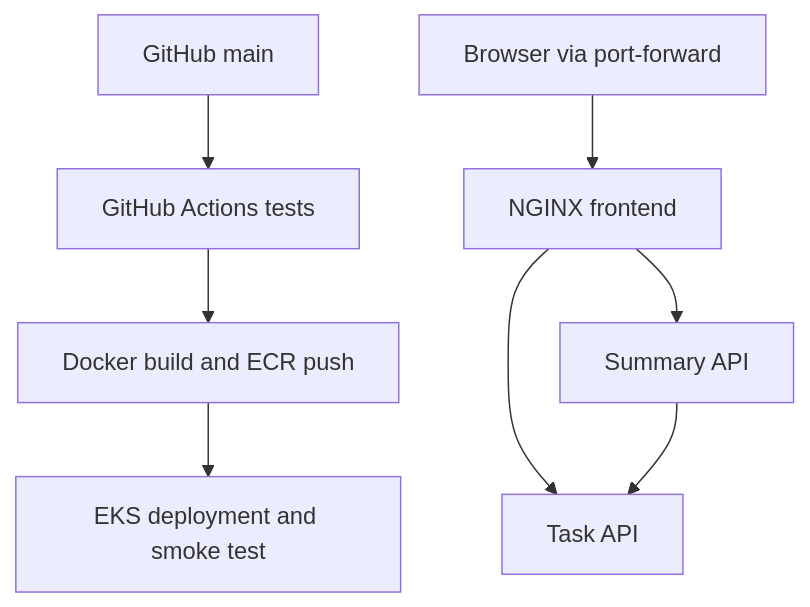
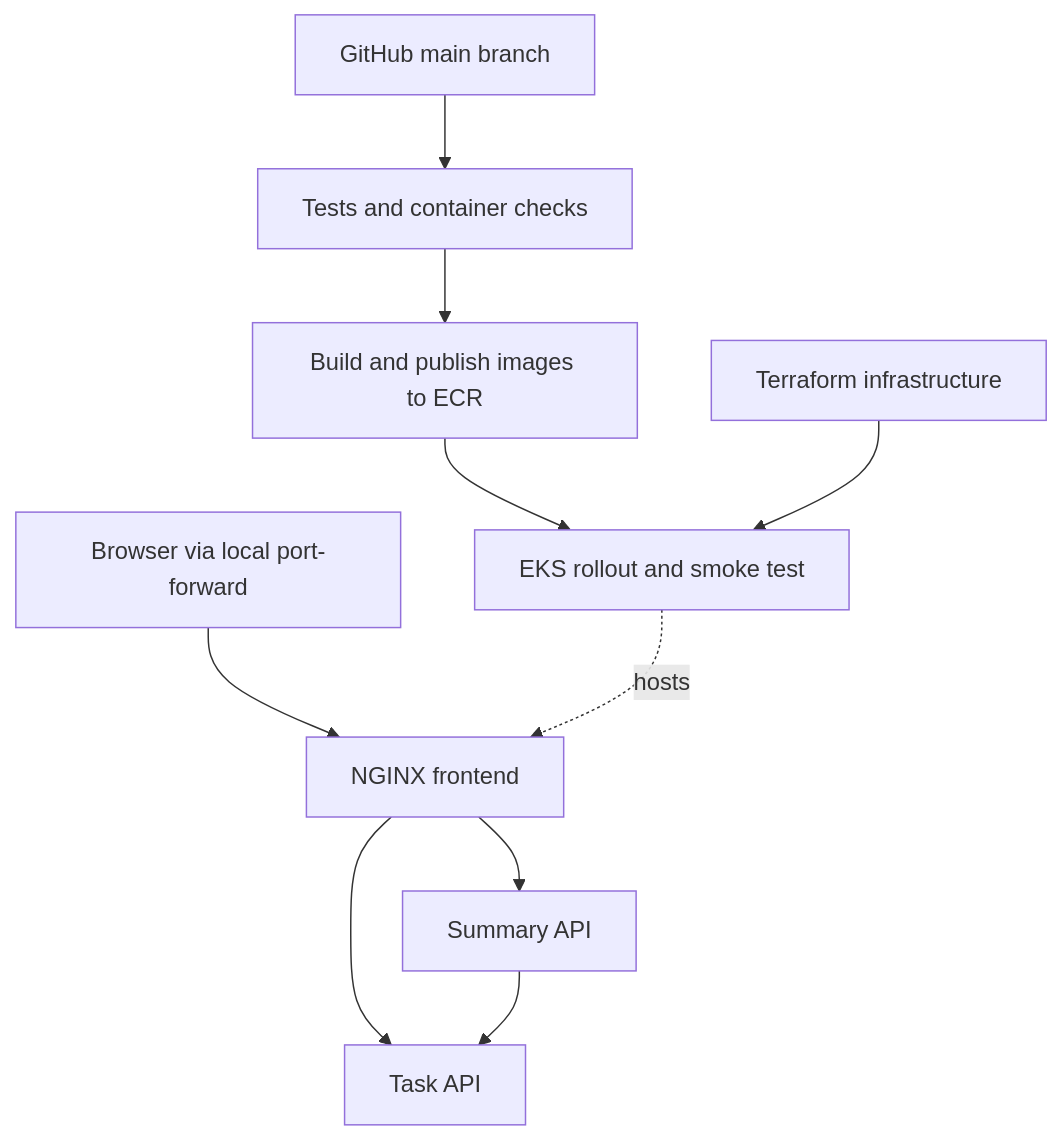
The diagram in README.md (Reah3267/shipstack-eks), drawn with Mermaid before and after one commit. The commit also changed other lines of this file, not shown here.

````diff
--- a/README.md
+++ b/README.md
@@ -13,10 +38,12 @@
 ```mermaid
 flowchart TD
-  A[GitHub main] --> B[GitHub Actions tests]
-  B --> C[Docker build and ECR push]
-  C --> D[EKS deployment and smoke test]
-  U[Browser via port-forward] --> F[NGINX frontend]
-  F --> T[Task API]
-  F --> S[Summary API]
-  S --> T
+    Git[GitHub main branch] --> CI[Tests and container checks]
+    CI --> ECR[Build and publish images to ECR]
+    ECR --> EKS[EKS rollout and smoke test]
+    TF[Terraform infrastructure] --> EKS
+    Browser[Browser via local port-forward] --> Frontend[NGINX frontend]
+    EKS -. hosts .-> Frontend
+    Frontend --> Tasks[Task API]
+    Frontend --> Summary[Summary API]
+    Summary --> Tasks
 ```
````
